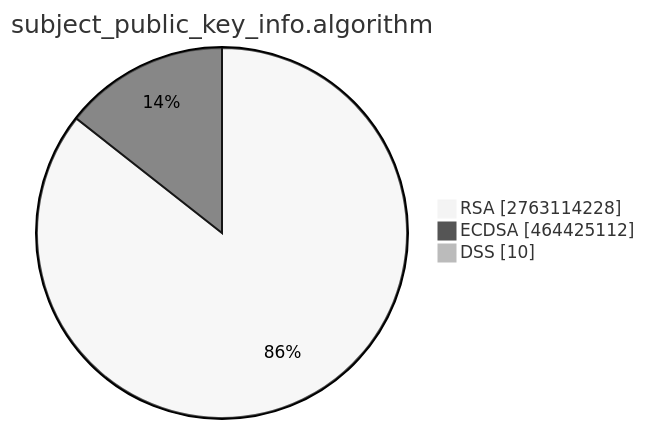
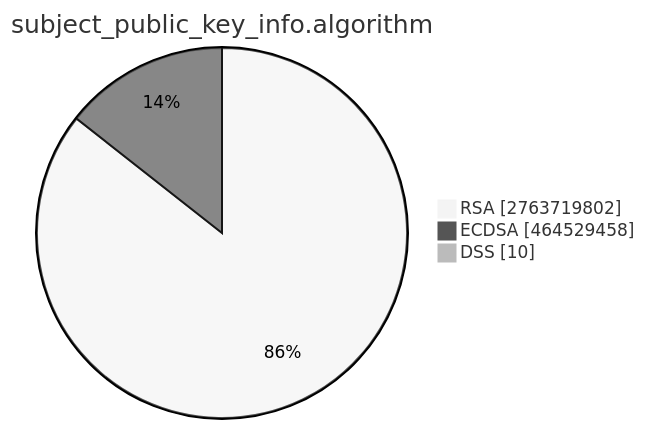
The second of 15 diagrams in TOTAL/README.md (christiankrug/ctmonitor_visualization), drawn with Mermaid (neutral theme) before and after one commit. The commit also changed other lines of this file, not shown here.

````diff
--- a/TOTAL/README.md
+++ b/TOTAL/README.md
@@ -6,7 +6,7 @@
 ```mermaid
 pie showData
 title subject_public_key_info.algorithm
-"RSA" :2763114228
-"ECDSA" :464425112
+"RSA" :2763719802
+"ECDSA" :464529458
 "DSS" :10
 ```
````
